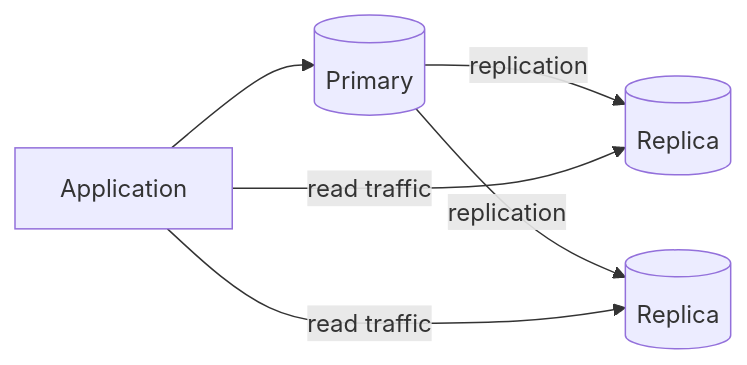
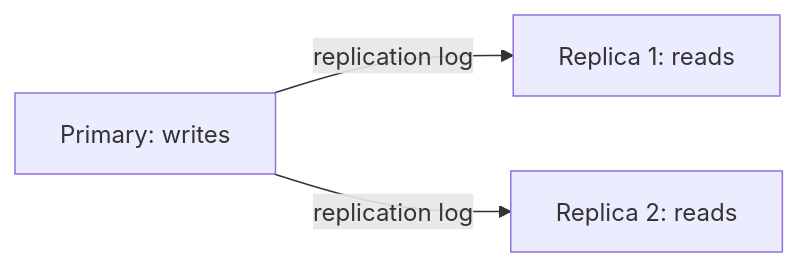
Before and after one commit to rashid-mamun/tech-interview-hub: the second of 10 diagrams in docs/database/availability-scalability/index.md, drawn with Mermaid. The commit also changed other lines of this file and 85 other files, not shown here.

Commit message:
add mermaid diagram in all docs

````diff
--- a/docs/database/availability-scalability/index.md
+++ b/docs/database/availability-scalability/index.md
@@ -6,8 +54,5 @@
 ```mermaid
 flowchart LR
-    App[Application] --> Primary[(Primary)]
-    Primary -->|replication| Replica1[(Replica)]
-    Primary -->|replication| Replica2[(Replica)]
-    App -->|read traffic| Replica1
-    App -->|read traffic| Replica2
+    P[Primary: writes] -->|replication log| R1[Replica 1: reads]
+    P -->|replication log| R2[Replica 2: reads]
 ```
````
